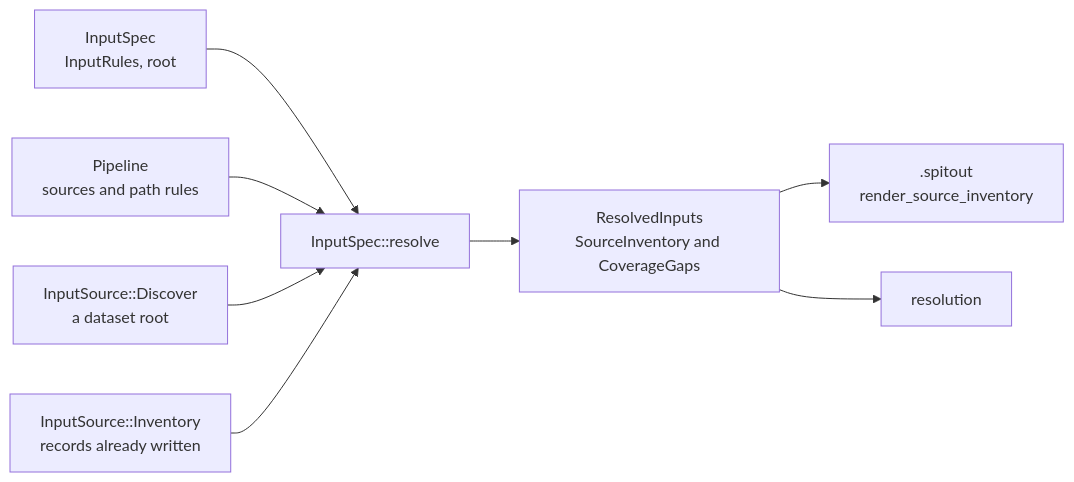
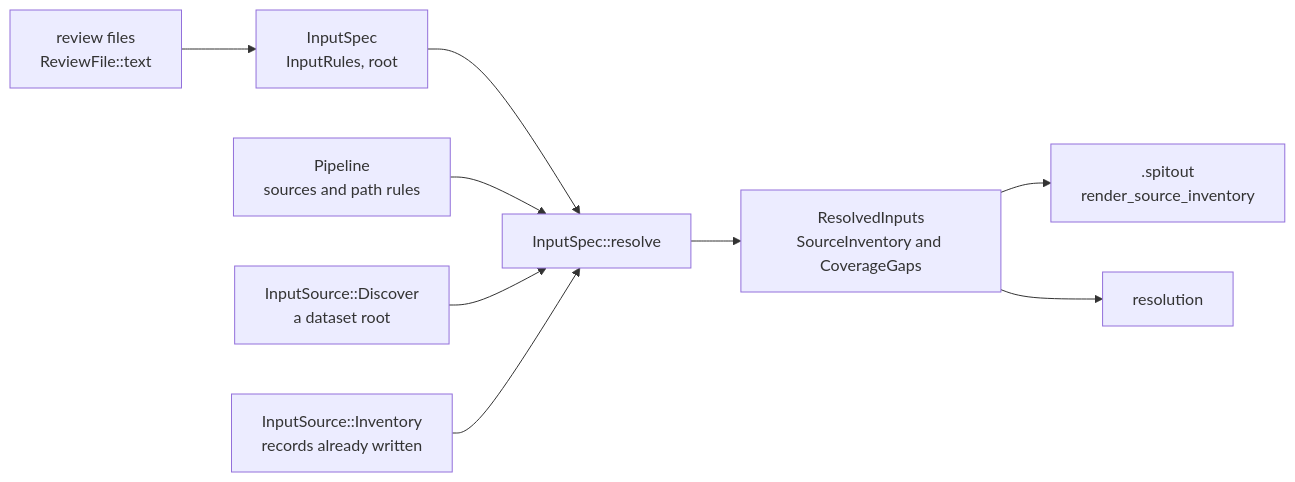
The diagram in docs/architecture/inputs.md (eclnz/spit), drawn with Mermaid before and after one commit. The commit also changed other lines of this file and 52 other files, not shown here.

````diff
--- a/docs/architecture/inputs.md
+++ b/docs/architecture/inputs.md
@@ -5,10 +5,11 @@
 ```mermaid
 flowchart LR
     spec["InputSpec<br/>InputRules, root"] --> resolve["InputSpec::resolve"]
+    files["review files<br/>ReviewFile::text"] --> spec
     pipeline["Pipeline<br/>sources and path rules"] --> resolve
     scan["InputSource::Discover<br/>a dataset root"] --> resolve
     records["InputSource::Inventory<br/>records already written"] --> resolve
     resolve --> resolved["ResolvedInputs<br/>SourceInventory and CoverageGaps"]
     resolved --> spitout[".spitout<br/>render_source_inventory"]
     resolved --> resolution["resolution"]
 ```
````
